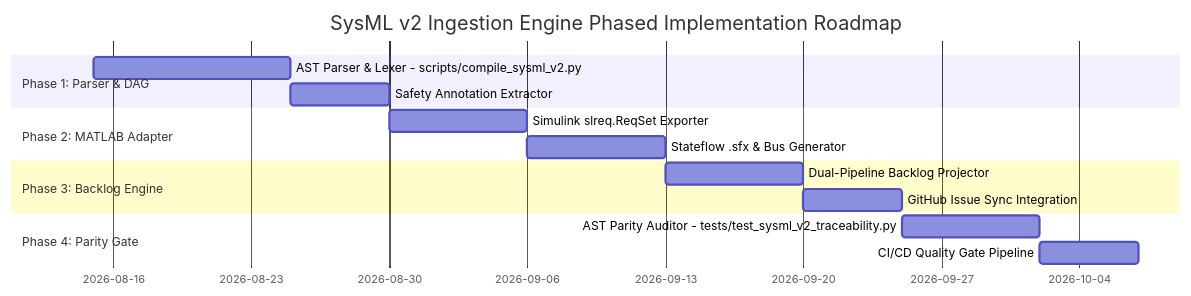
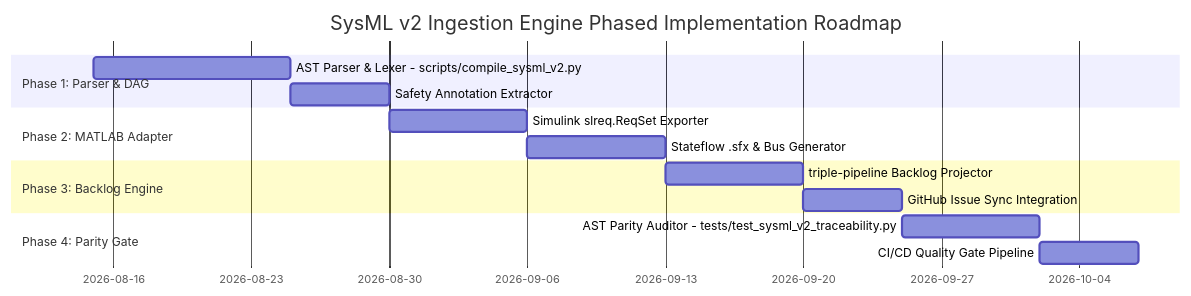
One commit to gintatkinson/DEAP-avionic-flight-safety changed the seventh of 7 diagrams in docs/architecture/DEAP_SYSML_V2_INGESTION_ENGINE_BLUEPRINT.md. Above: the diagram before and after it, drawn with Mermaid. The commit also changed other lines of this file and 5 other files, not shown here.

Commit message:
fix(docs): remediate all stale dual-pipeline and worker references to Triple-Pipeline architecture

````diff
--- a/docs/architecture/DEAP_SYSML_V2_INGESTION_ENGINE_BLUEPRINT.md
+++ b/docs/architecture/DEAP_SYSML_V2_INGESTION_ENGINE_BLUEPRINT.md
@@ -379,17 +379,17 @@
 ```mermaid
 gantt
     title SysML v2 Ingestion Engine Phased Implementation Roadmap
     dateFormat  YYYY-MM-DD
     section Phase 1: Parser & DAG
     AST Parser & Lexer - scripts/compile_sysml_v2.py :p1a, 2026-08-15, 10d
     Safety Annotation Extractor                      :p1b, after p1a, 5d
     section Phase 2: MATLAB Adapter
     Simulink slreq.ReqSet Exporter                   :p2a, after p1b, 7d
     Stateflow .sfx & Bus Generator                   :p2b, after p2a, 7d
     section Phase 3: Backlog Engine
-    Dual-Pipeline Backlog Projector                 :p3a, after p2b, 7d
+    triple-pipeline Backlog Projector                 :p3a, after p2b, 7d
     GitHub Issue Sync Integration                    :p3b, after p3a, 5d
     section Phase 4: Parity Gate
     AST Parity Auditor - tests/test_sysml_v2_traceability.py :p4a, after p3b, 7d
     CI/CD Quality Gate Pipeline                      :p4b, after p4a, 5d
 ```
````
